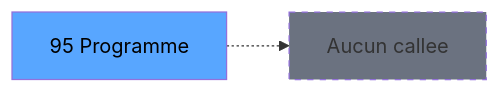
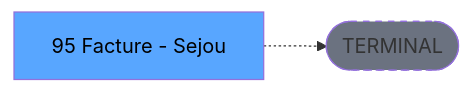
Before and after one commit to thonyAGP/lecteur-magic: the third of 3 diagrams in .openspec/specs/ADH-IDE-95.md, drawn with Mermaid. The commit also changed other lines of this file and 701 other files, not shown here.

````diff
--- a/.openspec/specs/ADH-IDE-95.md
+++ b/.openspec/specs/ADH-IDE-95.md
@@ -146,8 +139,8 @@
 ```mermaid
 graph LR
-    T[95 Programme]
-    NONE[Aucun callee]
-    T -.-> NONE
+    T[95 Facture - Sejou]
+    TERM([TERMINAL])
+    T -.-> TERM
+    style TERM fill:#6b7280,stroke-dasharray: 5 5
     style T fill:#58a6ff,color:#000
-    style NONE fill:#6b7280,stroke-dasharray: 5 5
 ```
````
